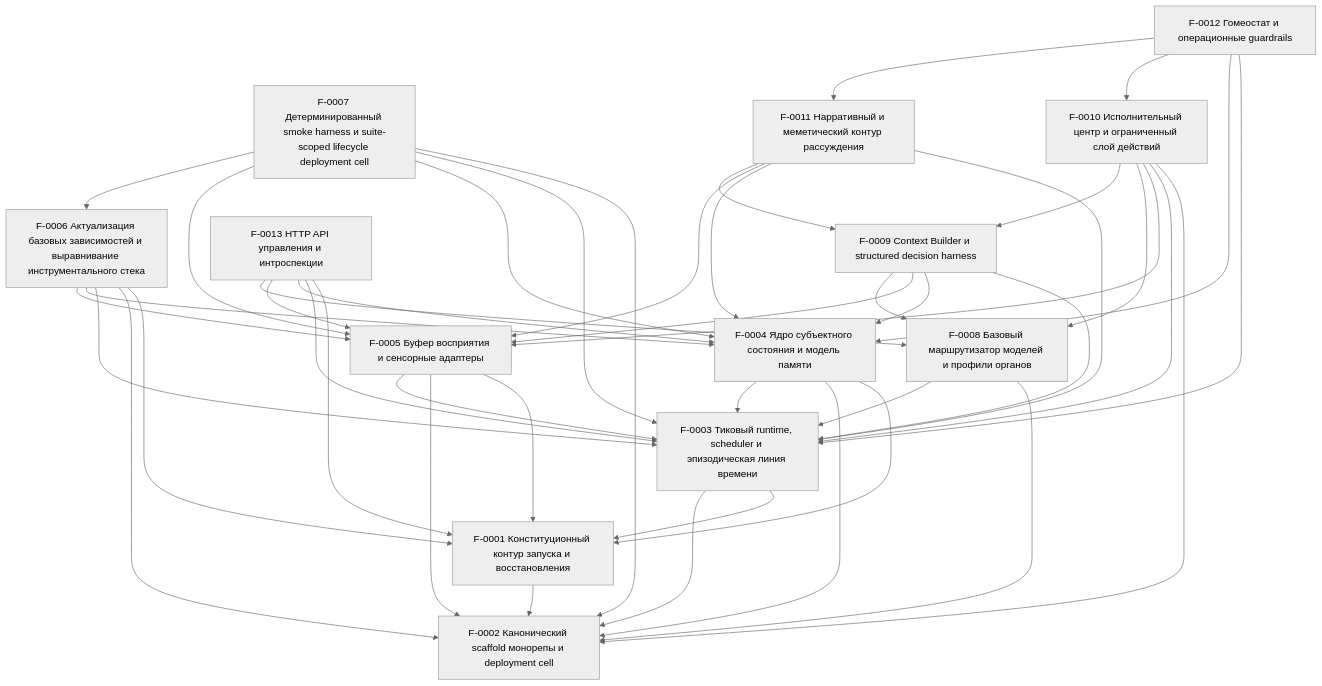
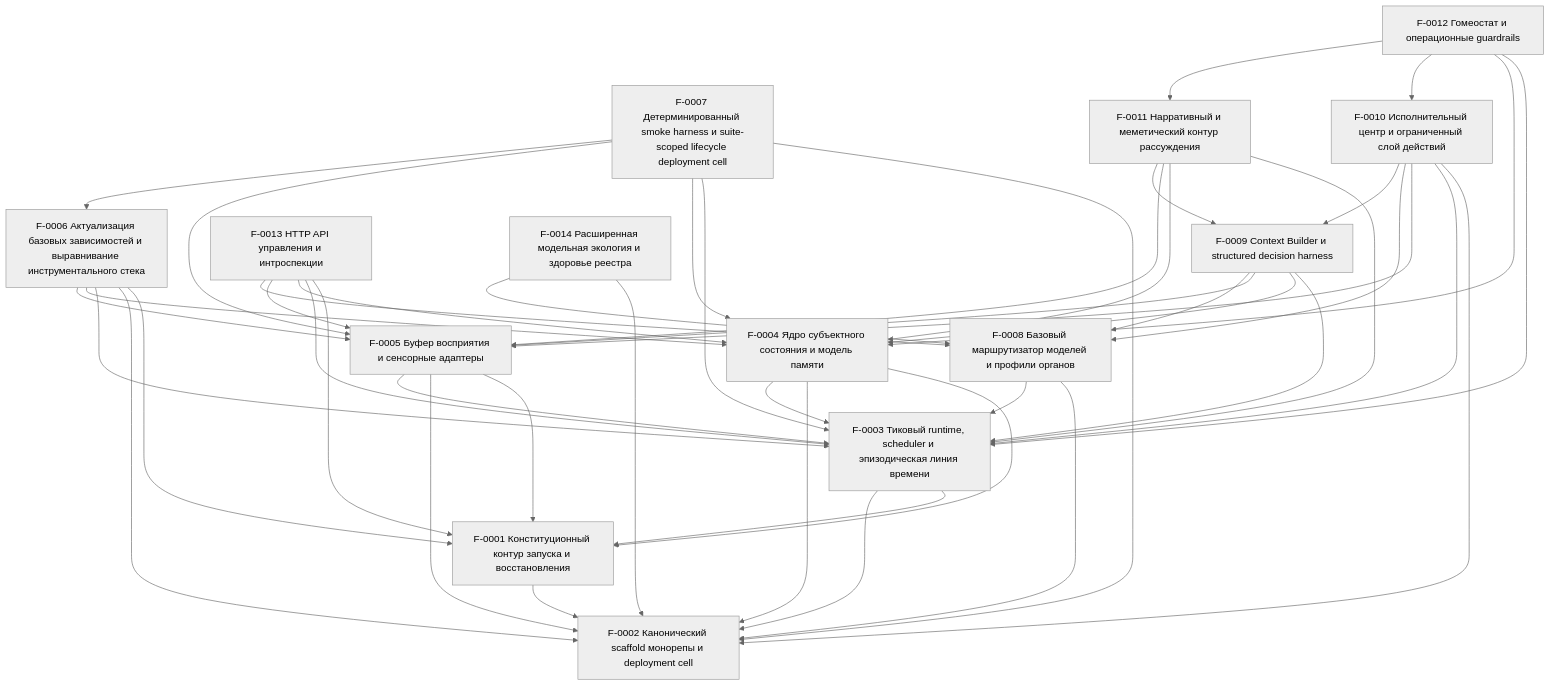
One commit to kostysh/yaagi changed the diagram in docs/ssot/index.md. Above: the diagram before and after it, drawn with Mermaid (neutral theme). The commit also changed other lines of this file and 3 other files, not shown here.

````diff
--- a/docs/ssot/index.md
+++ b/docs/ssot/index.md
@@ -31,59 +32,62 @@
 ```mermaid
 graph TD
   F0001["F-0001 Конституционный контур запуска и восстановления"]
   F0002["F-0002 Канонический scaffold монорепы и deployment cell"]
   F0003["F-0003 Тиковый runtime, scheduler и эпизодическая линия времени"]
   F0004["F-0004 Ядро субъектного состояния и модель памяти"]
   F0005["F-0005 Буфер восприятия и сенсорные адаптеры"]
   F0006["F-0006 Актуализация базовых зависимостей и выравнивание инструментального стека"]
   F0007["F-0007 Детерминированный smoke harness и suite-scoped lifecycle deployment cell"]
   F0008["F-0008 Базовый маршрутизатор моделей и профили органов"]
   F0009["F-0009 Context Builder и structured decision harness"]
   F0010["F-0010 Исполнительный центр и ограниченный слой действий"]
   F0011["F-0011 Нарративный и меметический контур рассуждения"]
   F0012["F-0012 Гомеостат и операционные guardrails"]
   F0013["F-0013 HTTP API управления и интроспекции"]
+  F0014["F-0014 Расширенная модельная экология и здоровье реестра"]
   F0001 --> F0002
   F0003 --> F0001
   F0003 --> F0002
   F0004 --> F0001
   F0004 --> F0002
   F0004 --> F0003
   F0005 --> F0001
   F0005 --> F0002
   F0005 --> F0003
   F0006 --> F0001
   F0006 --> F0002
   F0006 --> F0003
   F0006 --> F0004
   F0006 --> F0005
   F0007 --> F0002
   F0007 --> F0003
   F0007 --> F0004
   F0007 --> F0005
   F0007 --> F0006
   F0008 --> F0002
   F0008 --> F0003
   F0009 --> F0003
   F0009 --> F0004
   F0009 --> F0005
   F0009 --> F0008
   F0010 --> F0002
   F0010 --> F0003
   F0010 --> F0005
   F0010 --> F0008
   F0010 --> F0009
   F0011 --> F0003
   F0011 --> F0004
   F0011 --> F0005
   F0011 --> F0009
   F0012 --> F0003
   F0012 --> F0004
   F0012 --> F0010
   F0012 --> F0011
   F0013 --> F0001
   F0013 --> F0003
   F0013 --> F0004
   F0013 --> F0005
   F0013 --> F0008
+  F0014 --> F0002
+  F0014 --> F0008
 ```
````
